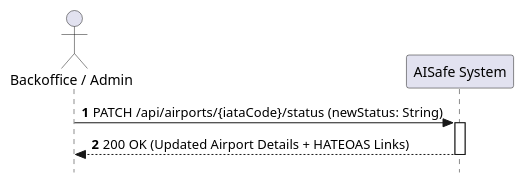
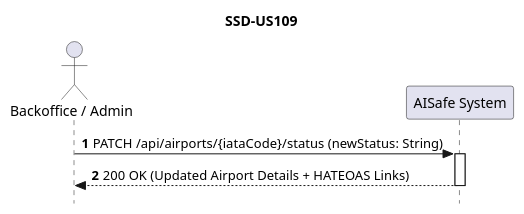
Before and after one commit to anamartasilvaa/PSOFT_AISafe_Flight: the diagram in docs/WP#2A-Airports/US109/US109-SSD.puml, drawn with PlantUML. The commit also changed 39 other files, not shown here.

Commit message:
Títulos nos diagramas

```diff
--- a/docs/WP#2A-Airports/US109/US109-SSD.puml
+++ b/docs/WP#2A-Airports/US109/US109-SSD.puml
@@ -1,12 +1,13 @@
 @startuml
 skinparam style strictuml
 autonumber
+title SSD-US109
 
 actor "Backoffice / Admin" as Admin
 participant "AISafe System" as System
 
 Admin -> System : PATCH /api/airports/{iataCode}/status (newStatus: String)
 activate System
 System --> Admin : 200 OK (Updated Airport Details + HATEOAS Links)
 deactivate System
 @enduml
```
